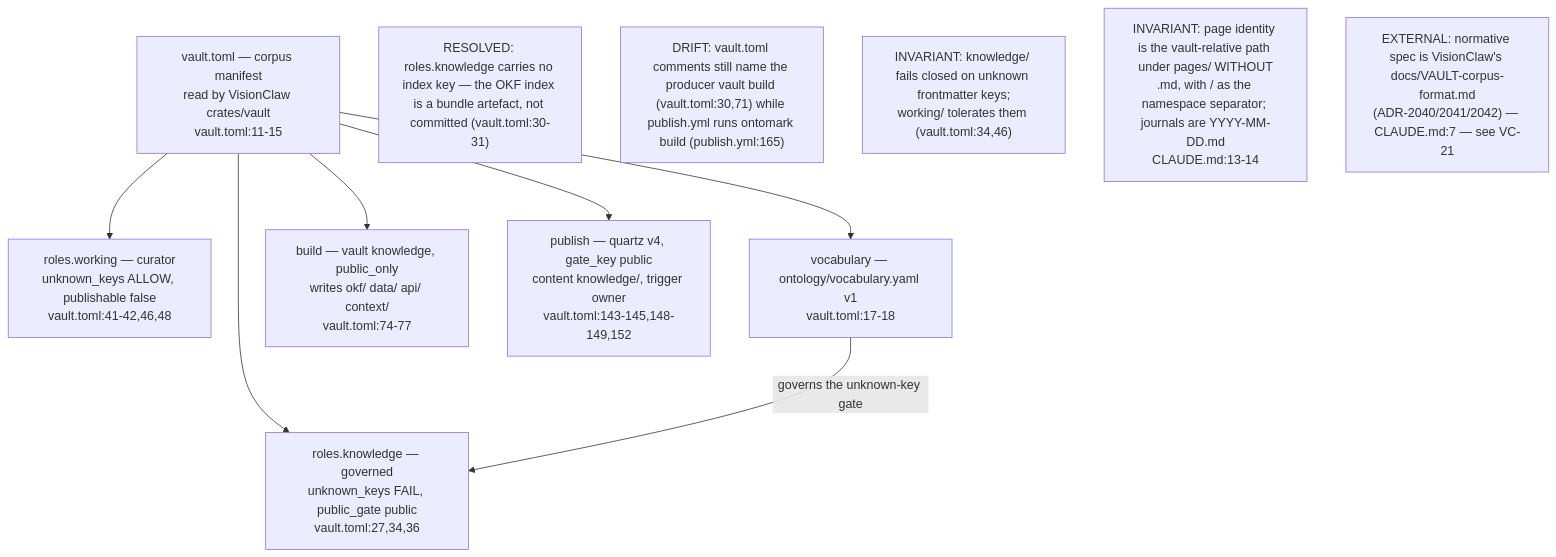
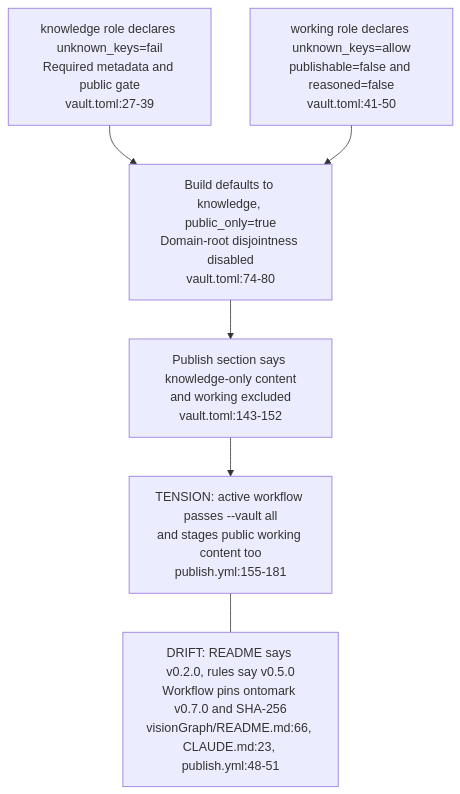
The fourth of 6 diagrams in docs/diagrams/visiongraph/01-vault-structure-and-contract.md (DreamLab-AI/VisionFlow), drawn with Mermaid before and after one commit. The commit also changed other lines of this file and 16 other files, not shown here.

Commit message:
docs: audit visionGraph vault and domain gate contracts

````diff
--- a/docs/diagrams/visiongraph/01-vault-structure-and-contract.md
+++ b/docs/diagrams/visiongraph/01-vault-structure-and-contract.md
@@ -114,20 +93,13 @@
 ```mermaid
 flowchart TB
-    MAN["vault.toml — corpus manifest<br/>read by VisionClaw crates/vault<br/>vault.toml:11-15"]
-    RK["roles.knowledge — governed<br/>unknown_keys FAIL, public_gate public<br/>vault.toml:27,34,36"]
-    RW["roles.working — curator<br/>unknown_keys ALLOW, publishable false<br/>vault.toml:41-42,46,48"]
-    VOC["vocabulary — ontology/vocabulary.yaml v1<br/>vault.toml:17-18"]
-    BLD["build — vault knowledge, public_only<br/>writes okf/ data/ api/ context/<br/>vault.toml:74-77"]
-    PUB["publish — quartz v4, gate_key public<br/>content knowledge/, trigger owner<br/>vault.toml:143-145,148-149,152"]
-    MAN --> RK
-    MAN --> RW
-    MAN --> VOC
-    MAN --> BLD
-    MAN --> PUB
-    VOC -->|"governs the unknown-key gate"| RK
-    note1["RESOLVED: roles.knowledge carries no index key — the OKF index is a bundle artefact, not committed #40;vault.toml:30-31#41;"]
-    note5["DRIFT: vault.toml comments still name the producer vault build #40;vault.toml:30,71#41; while publish.yml runs ontomark build #40;publish.yml:165#41;"]
-    note2["INVARIANT: knowledge/ fails closed on unknown frontmatter keys;<br/>working/ tolerates them #40;vault.toml:34,46#41;"]
-    note3["INVARIANT: page identity is the vault-relative path under pages/ WITHOUT<br/>.md, with / as the namespace separator; journals are YYYY-MM-DD.md<br/>CLAUDE.md:13-14"]
-    note4["EXTERNAL: normative spec is VisionClaw's docs/VAULT-corpus-format.md<br/>#40;ADR-2040/2041/2042#41; — CLAUDE.md:7 — see VC-21"]
+    K["knowledge role declares unknown_keys=fail<br/>Required metadata and public gate<br/>vault.toml:27-39"]
+    W["working role declares unknown_keys=allow<br/>publishable=false and reasoned=false<br/>vault.toml:41-50"]
+    DEFAULT["Build defaults to knowledge, public_only=true<br/>Domain-root disjointness disabled<br/>vault.toml:74-80"]
+    PUBLISH["Publish section says knowledge-only content<br/>and working excluded<br/>vault.toml:143-152"]
+    ACTUAL["TENSION: active workflow passes --vault all<br/>and stages public working content too<br/>publish.yml:155-181"]
+    K --> DEFAULT
+    W --> DEFAULT
+    DEFAULT --> PUBLISH --> ACTUAL
+    PIN["DRIFT: README says v0.2.0, rules say v0.5.0<br/>Workflow pins ontomark v0.7.0 and SHA-256<br/>visionGraph/README.md:66, CLAUDE.md:23, publish.yml:48-51"]
+    ACTUAL --- PIN
 ```
````
